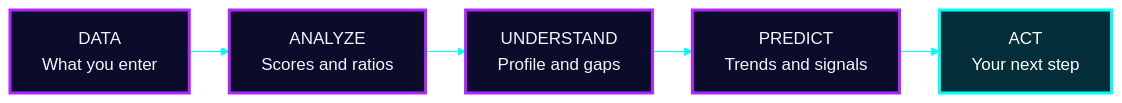
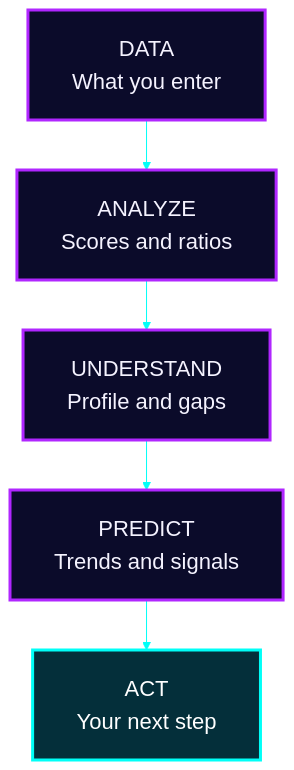
One commit to Mansi232323/MANSHORA changed the first of 17 diagrams in README.md. Above: the diagram before and after it, drawn with Mermaid. The commit also changed other lines of this file, not shown here.

````diff
--- a/README.md
+++ b/README.md
@@ -63,12 +63,12 @@
 ```mermaid
-%%{init: {'theme':'base','themeVariables':{'fontSize':'17px','fontFamily':'Arial, Helvetica, sans-serif','primaryColor':'#0b0b2a','primaryTextColor':'#f5f3ff','primaryBorderColor':'#b026ff','lineColor':'#00fff7','textColor':'#f5f3ff','edgeLabelBackground':'#0b0b2a'},'flowchart':{'htmlLabels':true,'nodeSpacing':35,'rankSpacing':40,'padding':16,'curve':'linear'}}}%%
-flowchart LR
+%%{init: {'theme':'base','themeVariables':{'fontSize':'22px','fontFamily':'Arial, Helvetica, sans-serif','primaryColor':'#0b0b2a','primaryTextColor':'#f5f3ff','primaryBorderColor':'#b026ff','lineColor':'#00fff7','textColor':'#f5f3ff','edgeLabelBackground':'#0b0b2a'},'flowchart':{'htmlLabels':false,'nodeSpacing':40,'rankSpacing':50,'padding':22,'curve':'linear'}}}%%
+flowchart TD
     A["DATA<br/>What you enter"] --> B["ANALYZE<br/>Scores and ratios"]
     B --> C["UNDERSTAND<br/>Profile and gaps"]
     C --> D["PREDICT<br/>Trends and signals"]
     D --> E["ACT<br/>Your next step"]
     classDef step fill:#0b0b2a,stroke:#b026ff,stroke-width:3px,color:#f5f3ff
     classDef goal fill:#042f3a,stroke:#00fff7,stroke-width:3px,color:#ffffff
     class A,B,C,D step
     class E goal
 ```
````
